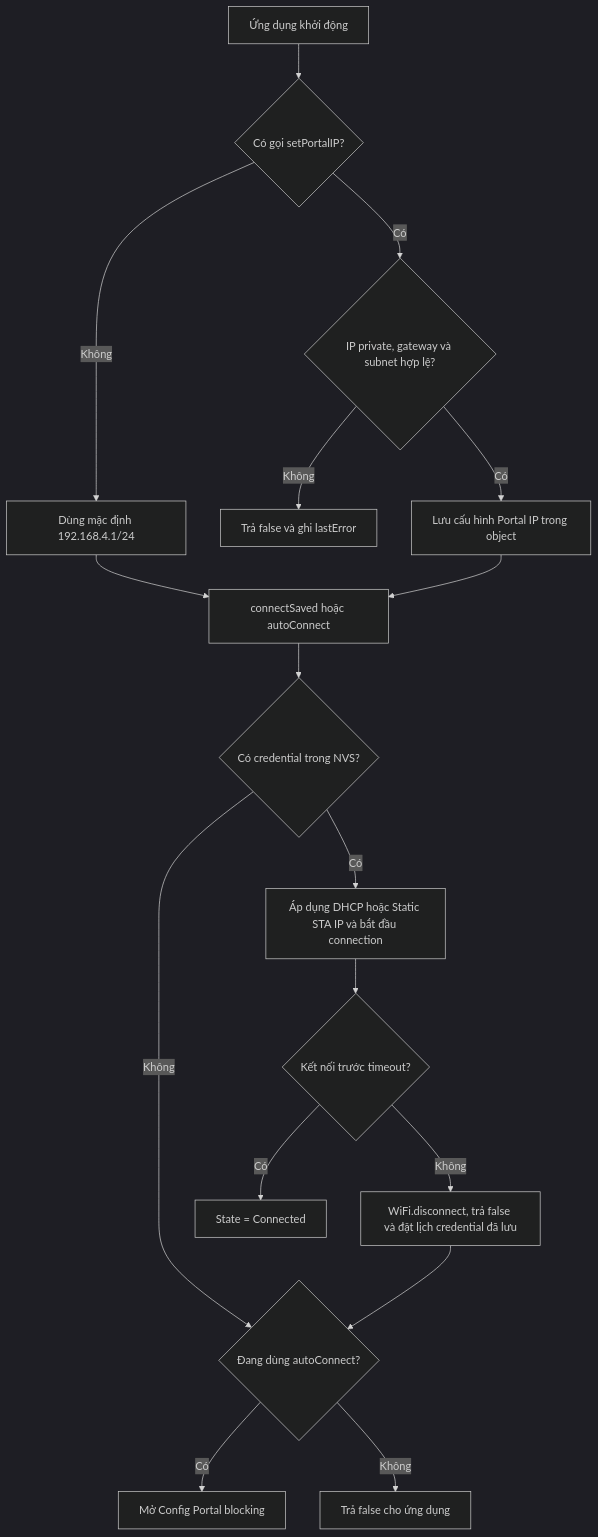
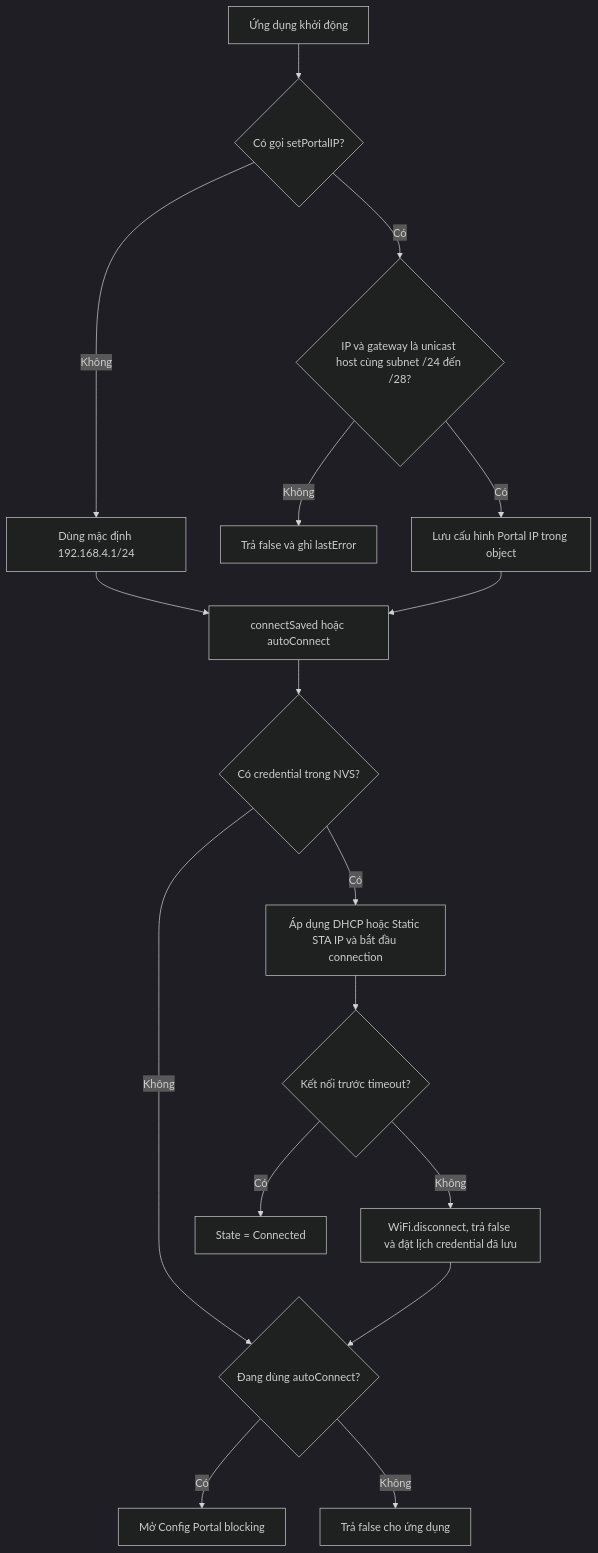
One commit to NguyenHien-8/ESP32WiFiPortal changed the second of 8 diagrams in docs/FlowChart.md. Above: the diagram before and after it, drawn with Mermaid (dark theme). The commit also changed other lines of this file and 8 other files, not shown here.

````diff
--- a/docs/FlowChart.md
+++ b/docs/FlowChart.md
@@ -28,19 +28,19 @@
 ```mermaid
 flowchart TD
     A[Ứng dụng khởi động] --> B{Có gọi setPortalIP?}
     B -- Không --> C[Dùng mặc định 192.168.4.1/24]
-    B -- Có --> D{IP private, gateway và subnet hợp lệ?}
+    B -- Có --> D{IP và gateway là unicast host cùng subnet /24 đến /28?}
     D -- Không --> E[Trả false và ghi lastError]
     D -- Có --> F[Lưu cấu hình Portal IP trong object]
     C --> G[connectSaved hoặc autoConnect]
     F --> G
     G --> H{Có credential trong NVS?}
     H -- Không --> I{Đang dùng autoConnect?}
     H -- Có --> J[Áp dụng DHCP hoặc Static STA IP và bắt đầu connection]
     J --> K{Kết nối trước timeout?}
     K -- Có --> L[State = Connected]
     K -- Không --> M[WiFi.disconnect, trả false và đặt lịch credential đã lưu]
     I -- Có --> N[Mở Config Portal blocking]
     I -- Không --> O[Trả false cho ứng dụng]
     M --> I
 ```
````
